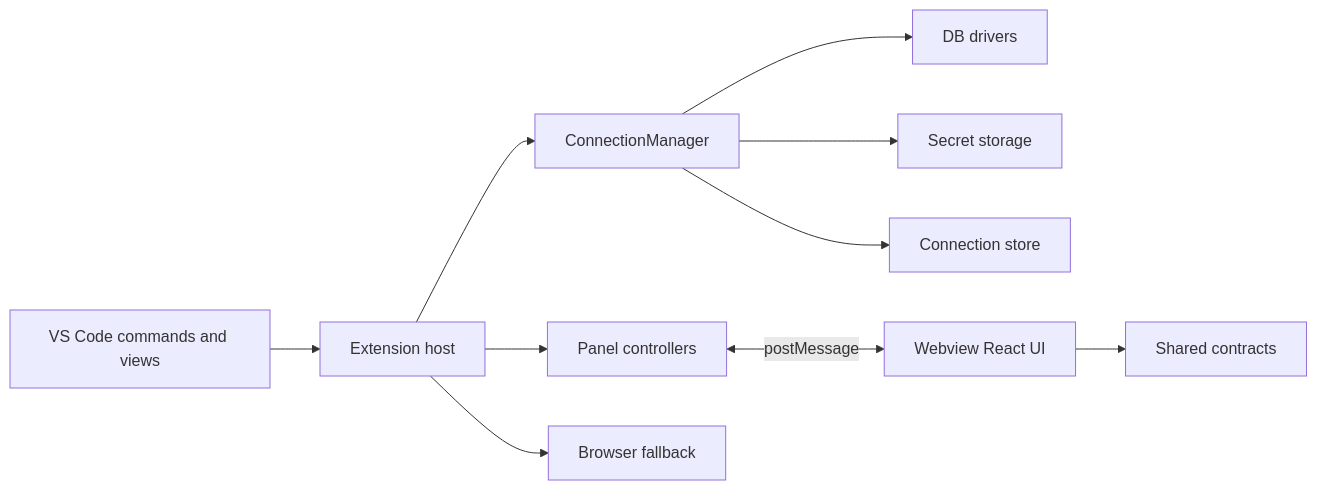
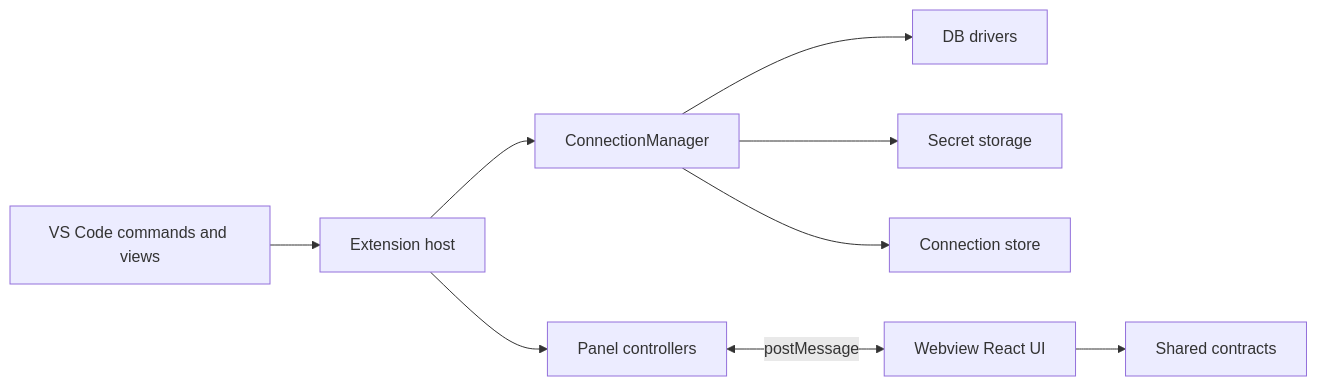
Before and after one commit to DmitriiKholkin/RapiDB: the diagram in docs/architecture/overview.md, drawn with Mermaid. The commit also changed other lines of this file and 11 other files, not shown here.

````diff
--- a/docs/architecture/overview.md
+++ b/docs/architecture/overview.md
@@ -12,12 +11,11 @@
 ```mermaid
 flowchart LR
   A[VS Code commands and views] --> B[Extension host]
   B --> C[ConnectionManager]
   B --> D[Panel controllers]
   C --> E[DB drivers]
   C --> F[Secret storage]
   C --> G[Connection store]
   D <-->|postMessage| H[Webview React UI]
   H --> I[Shared contracts]
-  B --> J[Browser fallback]
 ```
````
